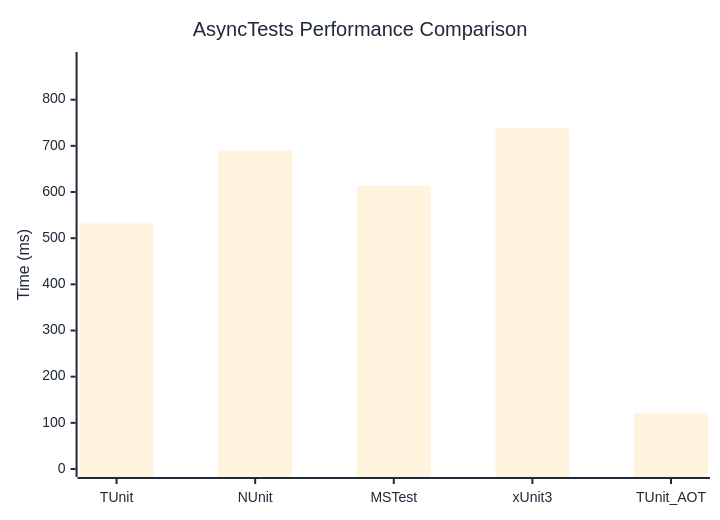
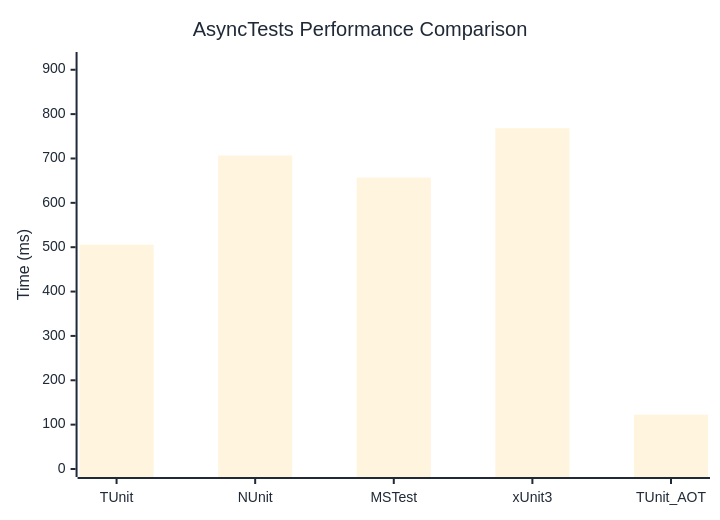
Before and after one commit to thomhurst/TUnit: the diagram in docs/docs/benchmarks/AsyncTests.md, drawn with Mermaid. The commit also changed other lines of this file and 16 other files, not shown here.

````diff
--- a/docs/docs/benchmarks/AsyncTests.md
+++ b/docs/docs/benchmarks/AsyncTests.md
@@ -27,37 +27,37 @@
 ```mermaid
 %%{init: {
   'theme':'base',
   'themeVariables': {
     'primaryColor': '#2563eb',
     'primaryTextColor': '#1f2937',
     'primaryBorderColor': '#1e40af',
     'lineColor': '#6b7280',
     'secondaryColor': '#7c3aed',
     'tertiaryColor': '#dc2626',
     'background': '#ffffff',
     'mainBkg': '#2563eb',
     'secondBkg': '#7c3aed',
     'tertiaryBkg': '#dc2626',
     'clusterBkg': '#f3f4f6',
     'edgeLabelBackground': '#ffffff',
     'tertiaryTextColor': '#1f2937',
     'pie1': '#2563eb',
     'pie2': '#7c3aed',
     'pie3': '#dc2626',
     'pie4': '#f59e0b',
     'pie5': '#10b981',
     'pie6': '#06b6d4',
     'pie7': '#ec4899',
     'pie8': '#6366f1',
     'pie9': '#84cc16',
     'pie10': '#f97316',
     'pie11': '#14b8a6',
     'pie12': '#a855f7'
   }
 }}%%
 xychart-beta
   title "AsyncTests Performance Comparison"
   x-axis ["TUnit", "NUnit", "MSTest", "xUnit3", "TUnit_AOT"]
-  y-axis "Time (ms)" 0 --> 886
-  bar [532.1, 690.1, 613.5, 738.2, 121.6]
+  y-axis "Time (ms)" 0 --> 922
+  bar [505.7, 706.6, 656.9, 768.3, 122.6]
 ```
````
